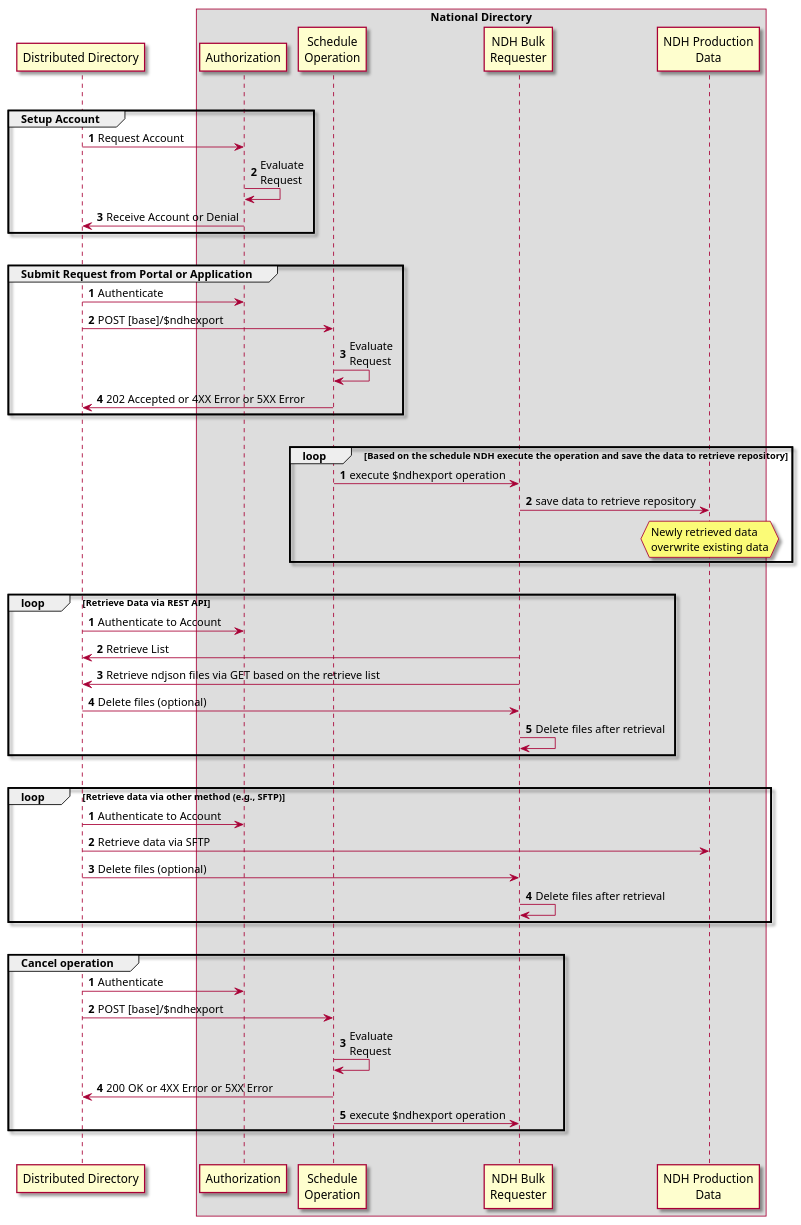
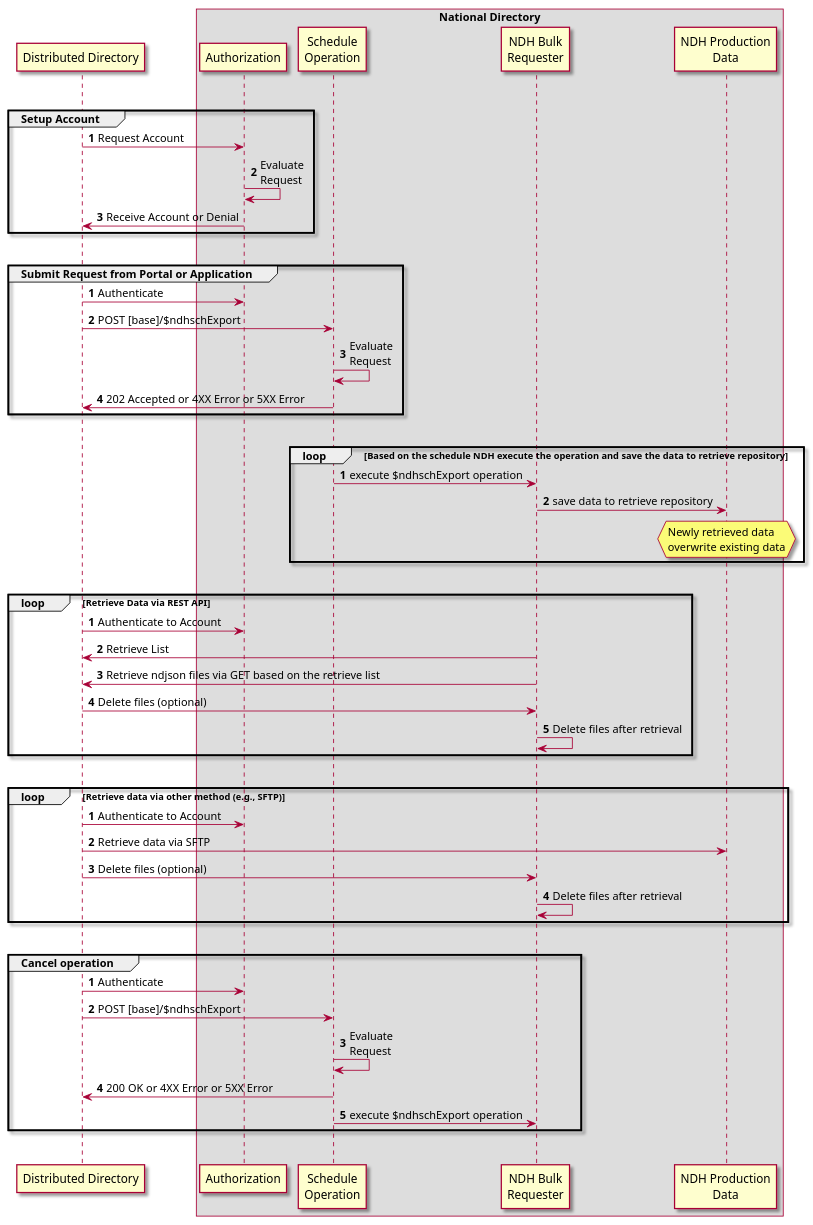
Before and after one commit to HL7/fhir-us-ndh: the diagram in input/images-source/ndh-export.plantuml, drawn with PlantUML. The commit also changed 19 other files, not shown here.

```diff
--- a/input/images-source/ndh-export.plantuml
+++ b/input/images-source/ndh-export.plantuml
@@ -1,69 +1,69 @@
 @startuml
 skin rose
 /'autonumber '/
 
 participant APP as "Distributed Directory"
 box National Directory
 participant "Authorization" as AUTH
 participant "Schedule\nOperation" as SCHEDULE
 participant "NDH Bulk\nRequester" as FHIR
 participant "NDH Production\nData" as FILE
 end box
 |||
 autonumber
 Group  Setup Account
     APP -> AUTH: Request Account
     AUTH -> AUTH: Evaluate\nRequest
     AUTH -> APP: Receive Account or Denial
 end
 autonumber stop
 |||
 autonumber
 
 Group Submit Request from Portal or Application
     APP -> AUTH: Authenticate
-    APP -> SCHEDULE: POST [base]/$ndhexport
+    APP -> SCHEDULE: POST [base]/$ndhschExport
     SCHEDULE -> SCHEDULE: Evaluate\nRequest
     SCHEDULE -> APP: 202 Accepted or 4XX Error or 5XX Error
 end
 autonumber stop
 |||
 autonumber
 loop Based on the schedule NDH execute the operation and save the data to retrieve repository
-    SCHEDULE -> FHIR: execute $ndhexport operation
+    SCHEDULE -> FHIR: execute $ndhschExport operation
     FHIR -> FILE: save data to retrieve repository
     hnote over FILE: Newly retrieved data\noverwrite existing data
 end
 autonumber stop
 |||
 autonumber
 loop Retrieve Data via REST API
     APP -> AUTH: Authenticate to Account
     FHIR -> APP: Retrieve List
     FHIR -> APP: Retrieve ndjson files via GET based on the retrieve list
     APP -> FHIR: Delete files (optional)
     FHIR -> FHIR: Delete files after retrieval
     
 end
 autonumber stop
 |||
 autonumber
 loop Retrieve data via other method (e.g., SFTP)
     APP -> AUTH: Authenticate to Account
     APP -> FILE: Retrieve data via SFTP
     APP -> FHIR: Delete files (optional)
     FHIR -> FHIR: Delete files after retrieval
 end
 autonumber stop
 |||
 autonumber
 Group Cancel operation
      APP -> AUTH: Authenticate
-    APP -> SCHEDULE: POST [base]/$ndhexport
+    APP -> SCHEDULE: POST [base]/$ndhschExport
     SCHEDULE -> SCHEDULE: Evaluate\nRequest
     SCHEDULE -> APP: 200 OK or 4XX Error or 5XX Error
-    SCHEDULE -> FHIR: execute $ndhexport operation
+    SCHEDULE -> FHIR: execute $ndhschExport operation
 end
 autonumber stop
 |||
 @enduml
```
